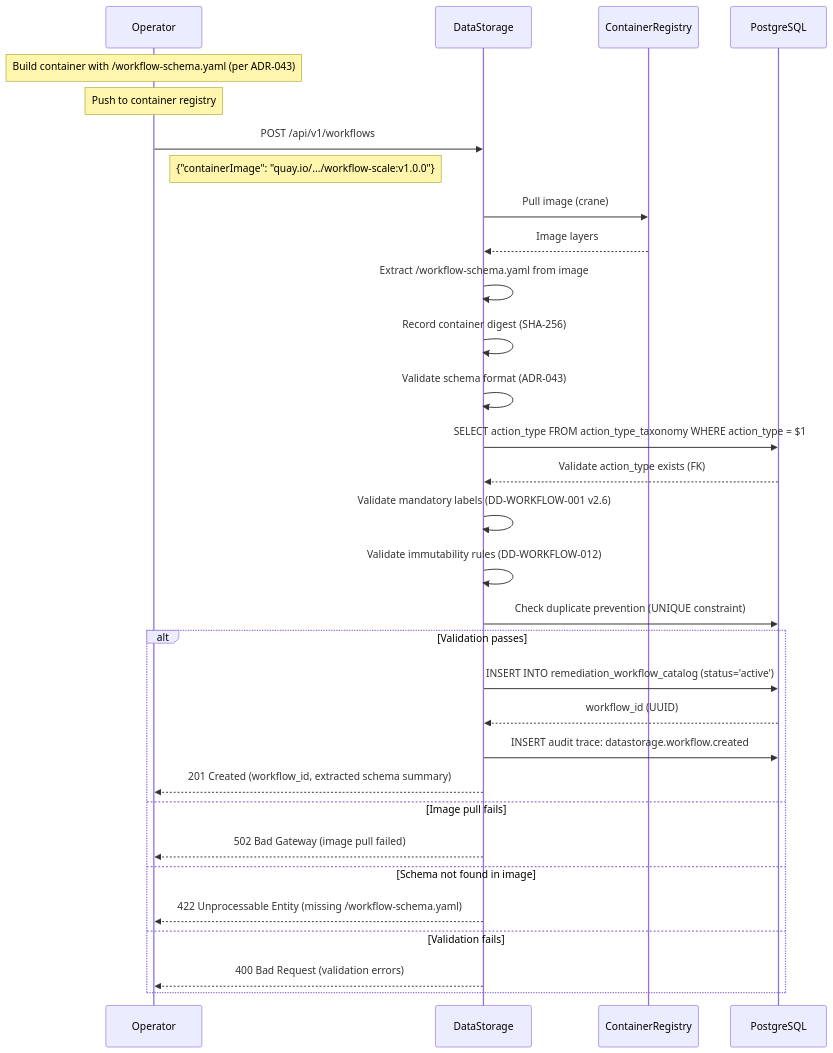
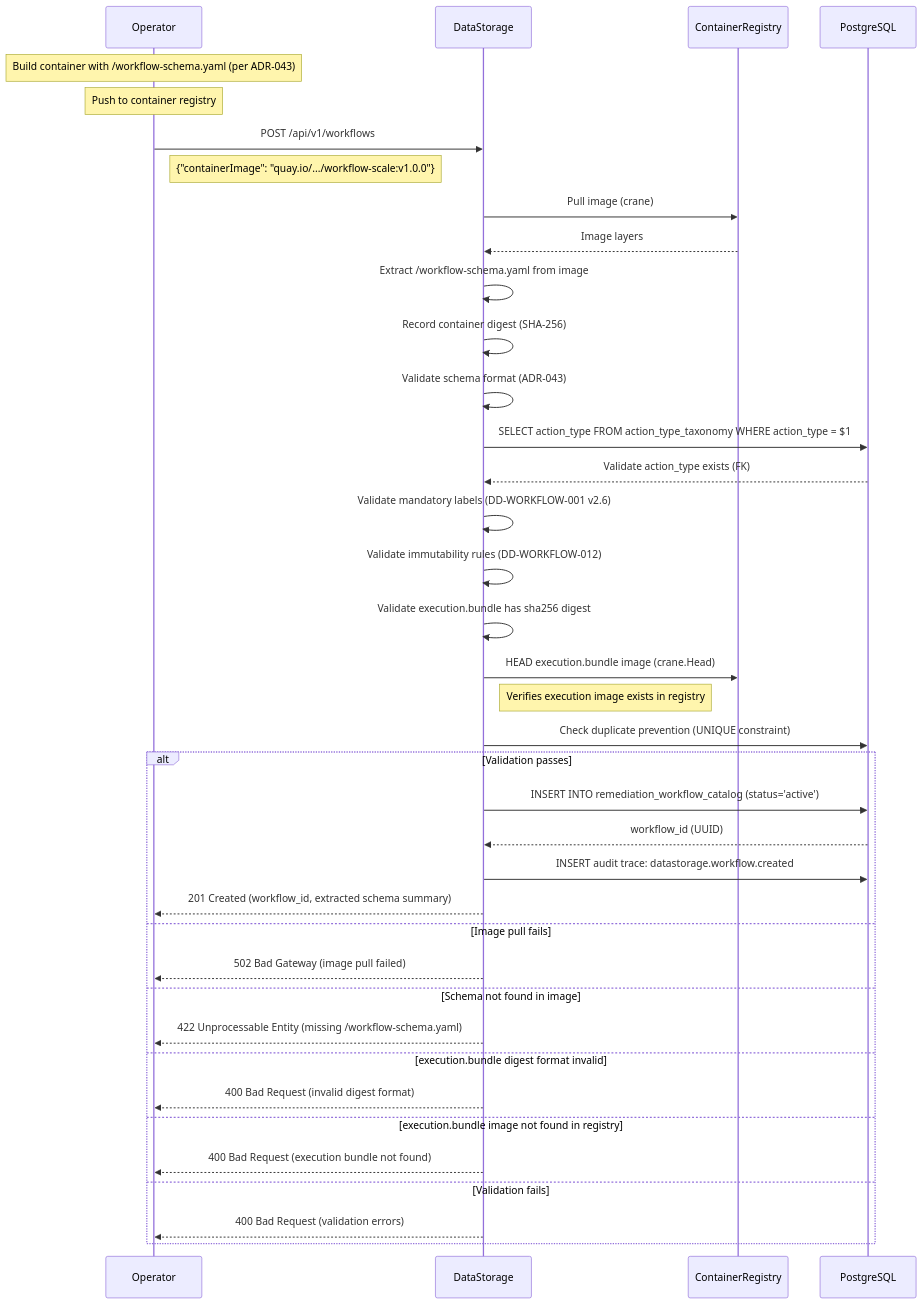
Before and after one commit to jordigilh/kubernaut: the first of 9 diagrams in docs/architecture/decisions/DD-WORKFLOW-017-workflow-lifecycle-component-interactions.md, drawn with Mermaid. The commit also changed other lines of this file and 1 other file, not shown here.

First line of the commit message:
docs(workflow): update DD-WORKFLOW-017 BR and test plan for execution.bundle validation

````diff
--- a/docs/architecture/decisions/DD-WORKFLOW-017-workflow-lifecycle-component-interactions.md
+++ b/docs/architecture/decisions/DD-WORKFLOW-017-workflow-lifecycle-component-interactions.md
@@ -92,38 +92,45 @@
 ```mermaid
 sequenceDiagram
     participant Op as Operator
     participant DS as DataStorage
     participant Reg as ContainerRegistry
     participant DB as PostgreSQL
 
     Note over Op: Build container with /workflow-schema.yaml (per ADR-043)
     Note over Op: Push to container registry
 
     Op->>DS: POST /api/v1/workflows
     Note right of Op: {"containerImage": "quay.io/.../workflow-scale:v1.0.0"}
 
     DS->>Reg: Pull image (crane)
     Reg-->>DS: Image layers
     DS->>DS: Extract /workflow-schema.yaml from image
     DS->>DS: Record container digest (SHA-256)
 
     DS->>DS: Validate schema format (ADR-043)
     DS->>DB: SELECT action_type FROM action_type_taxonomy WHERE action_type = $1
     DB-->>DS: Validate action_type exists (FK)
     DS->>DS: Validate mandatory labels (DD-WORKFLOW-001 v2.6)
     DS->>DS: Validate immutability rules (DD-WORKFLOW-012)
+    DS->>DS: Validate execution.bundle has sha256 digest
+    DS->>Reg: HEAD execution.bundle image (crane.Head)
+    Note right of DS: Verifies execution image exists in registry
     DS->>DB: Check duplicate prevention (UNIQUE constraint)
 
     alt Validation passes
         DS->>DB: INSERT INTO remediation_workflow_catalog (status='active')
         DB-->>DS: workflow_id (UUID)
         DS->>DB: INSERT audit trace: datastorage.workflow.created
         DS-->>Op: 201 Created (workflow_id, extracted schema summary)
     else Image pull fails
         DS-->>Op: 502 Bad Gateway (image pull failed)
     else Schema not found in image
         DS-->>Op: 422 Unprocessable Entity (missing /workflow-schema.yaml)
+    else execution.bundle digest format invalid
+        DS-->>Op: 400 Bad Request (invalid digest format)
+    else execution.bundle image not found in registry
+        DS-->>Op: 400 Bad Request (execution bundle not found)
     else Validation fails
         DS-->>Op: 400 Bad Request (validation errors)
     end
 ```
````
